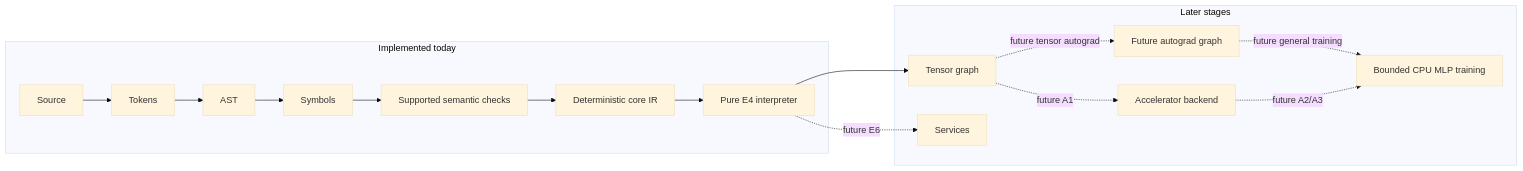
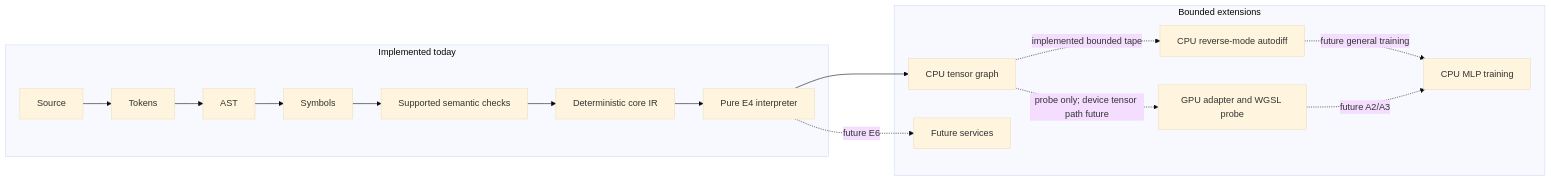
One commit to marcosbuilds/Seloryn changed the diagram in docs/project/architecture.md. Above: the diagram before and after it, drawn with Mermaid (base theme). The commit also changed other lines of this file and 33 other files, not shown here.

Commit message:
Release verified training and GPU probe 0.4.0

````diff
--- a/docs/project/architecture.md
+++ b/docs/project/architecture.md
@@ -7,24 +7,24 @@
 ```mermaid
 flowchart LR
     subgraph A1[Implemented today]
         A[Source] --> B[Tokens]
         B --> C[AST]
         C --> D[Symbols]
         D --> E[Supported semantic checks]
         E --> F[Deterministic core IR]
         F --> G[Pure E4 interpreter]
     end
-    subgraph A2[Later stages]
-        H[Tensor graph]
-        I[Future autograd graph]
-        J[Accelerator backend]
-        K[Services]
-        L[Bounded CPU MLP training]
+    subgraph A2[Bounded extensions]
+        H[CPU tensor graph]
+        I[CPU reverse-mode autodiff]
+        J[GPU adapter and WGSL probe]
+        K[Future services]
+        L[CPU MLP training]
     end
     G --> H
-    H -. future tensor autograd .-> I
-    H -. future A1 .-> J
+    H -. implemented bounded tape .-> I
+    H -. probe only; device tensor path future .-> J
     G -. future E6 .-> K
     I -. future general training .-> L
     J -. future A2/A3 .-> L
 ```
````
